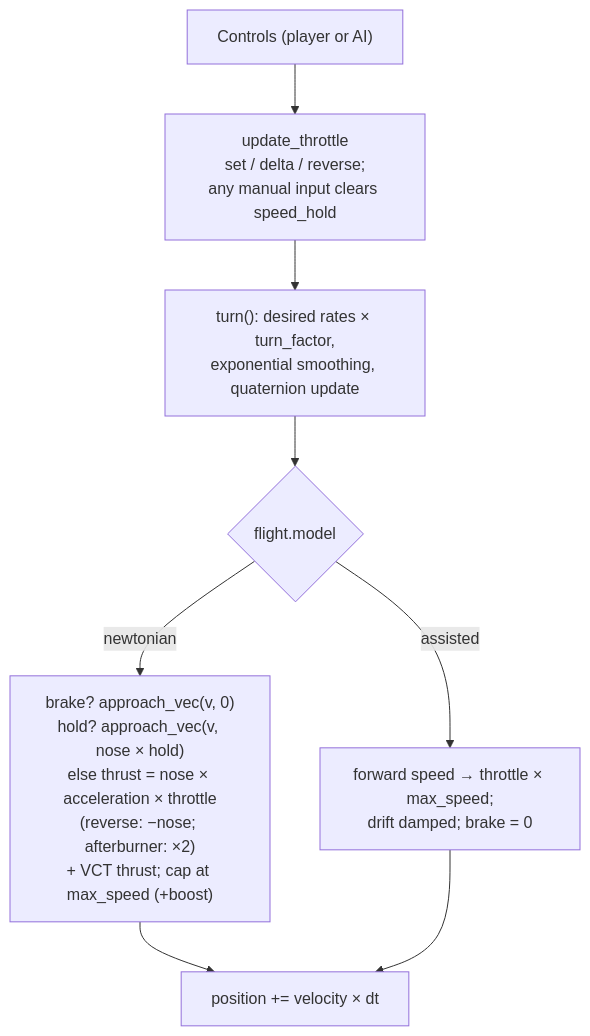
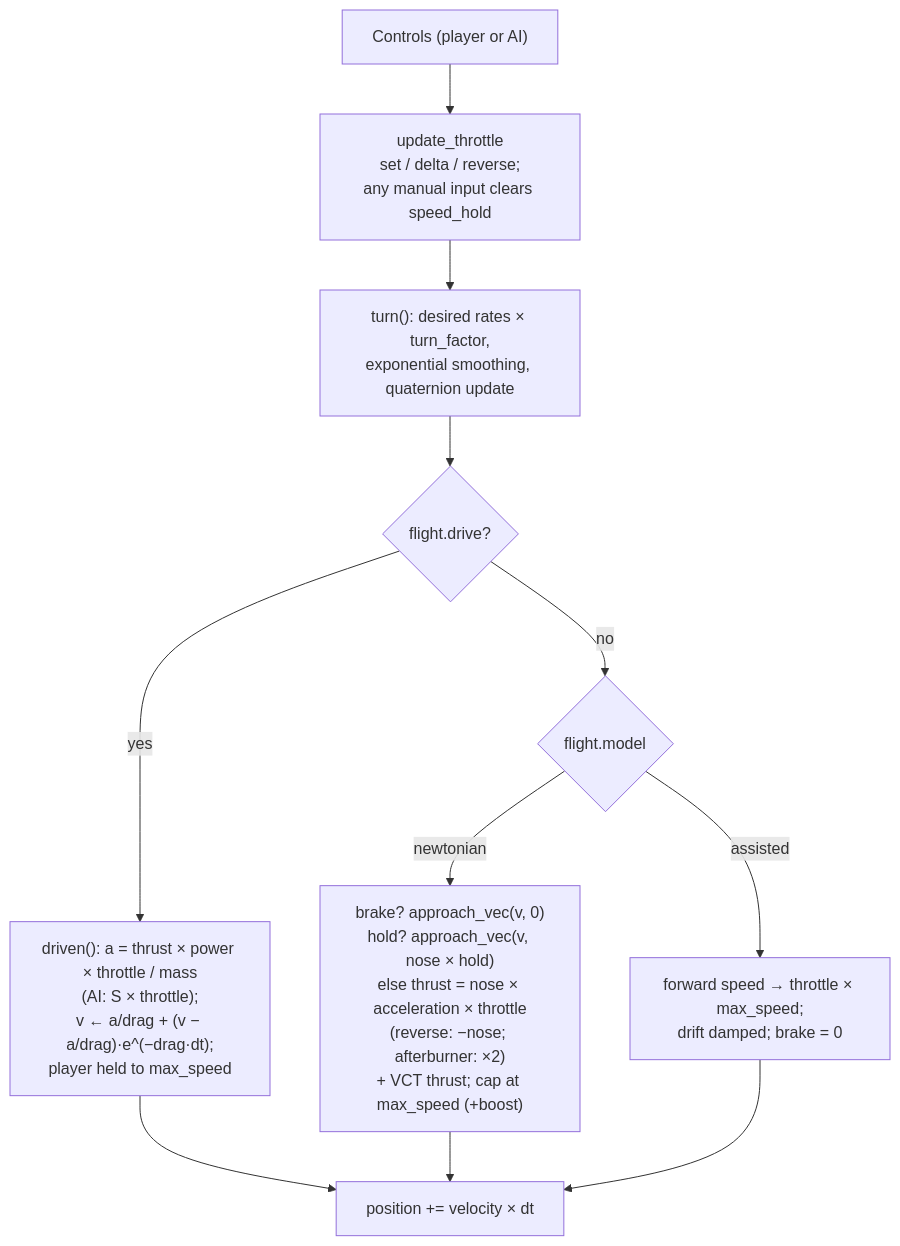
The second of 7 diagrams in docs/implementation/architecture/sim.md (bbogovich/OpenInterceptor), drawn with Mermaid before and after one commit. The commit also changed other lines of this file and 18 other files, not shown here.

````diff
--- a/docs/implementation/architecture/sim.md
+++ b/docs/implementation/architecture/sim.md
@@ -47,10 +47,13 @@
 ```mermaid
 flowchart TD
     C["Controls (player or AI)"] --> T["update_throttle<br/>set / delta / reverse;<br/>any manual input clears speed_hold"]
     T --> R["turn(): desired rates × turn_factor,<br/>exponential smoothing, quaternion update"]
-    R --> M{"flight.model"}
+    R --> D{"flight.drive?"}
+    D -- yes --> O["driven(): a = thrust × power × throttle / mass<br/>(AI: S × throttle);<br/>v ← a/drag + (v − a/drag)·e^(−drag·dt);<br/>player held to max_speed"]
+    D -- no --> M{"flight.model"}
+    O --> P
     M -- newtonian --> N["brake? approach_vec(v, 0)<br/>hold? approach_vec(v, nose × hold)<br/>else thrust = nose × acceleration × throttle<br/>(reverse: −nose; afterburner: ×2)<br/>+ VCT thrust; cap at max_speed (+boost)"]
     M -- assisted --> A["forward speed → throttle × max_speed;<br/>drift damped; brake = 0"]
     N --> P["position += velocity × dt"]
     A --> P
 ```
````
